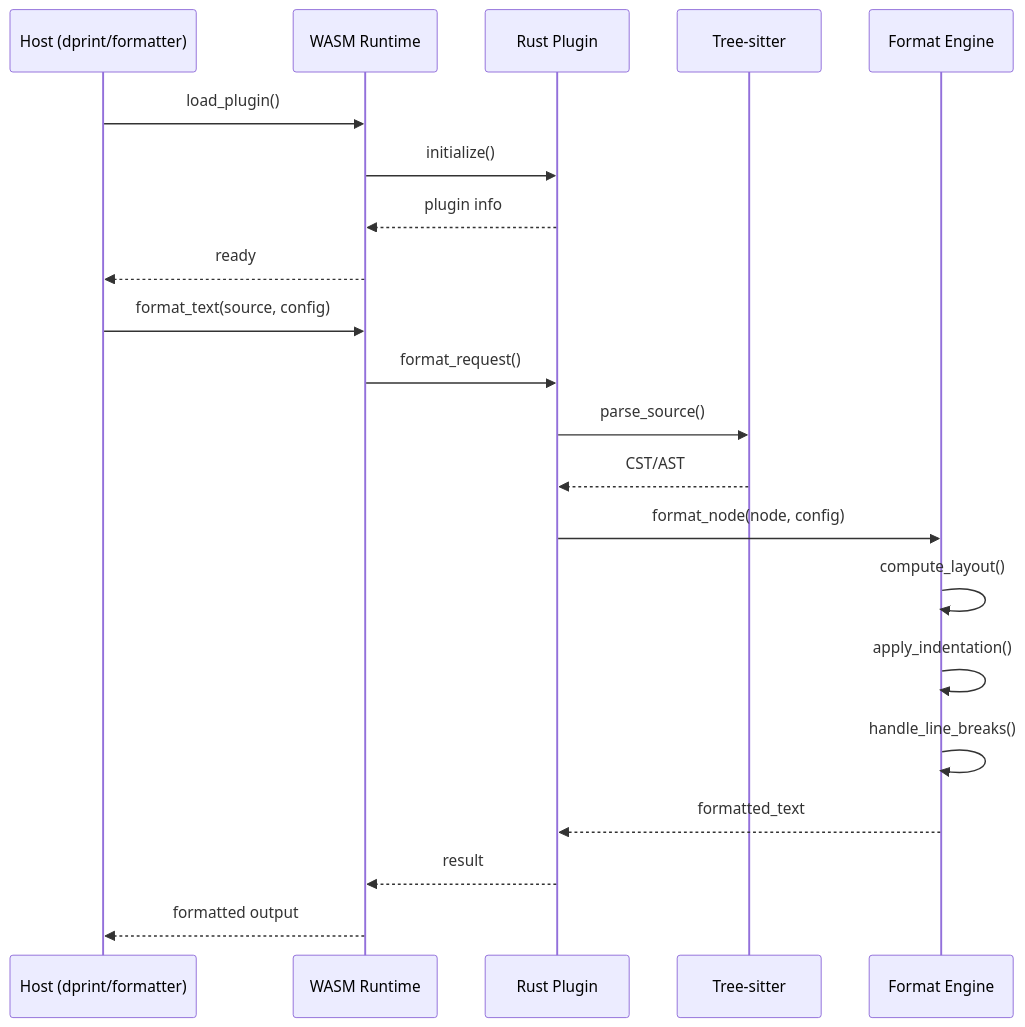
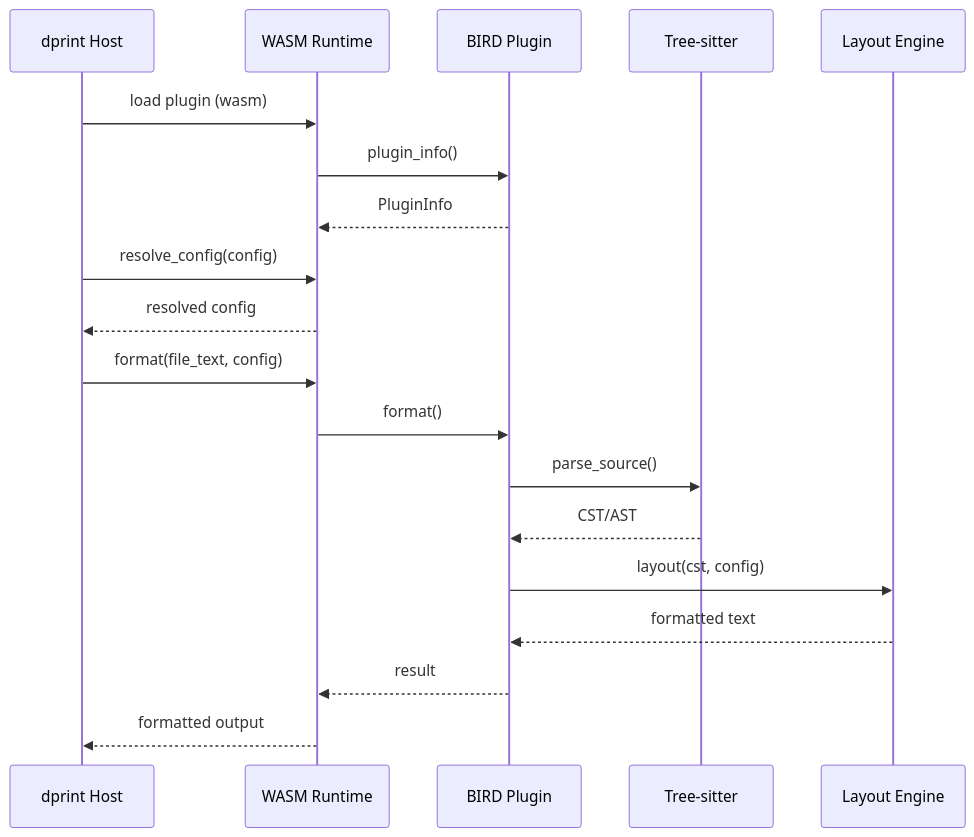
Before and after one commit to bird-chinese-community/BIRD-LSP: the second of 3 diagrams in packages/@birdcc/dprint-plugin-bird/README.md, drawn with Mermaid. The commit also changed other lines of this file and 5 other files, not shown here.

Commit message:
docs(mermaid): Unify diagram palette and split by layer

````diff
--- a/packages/@birdcc/dprint-plugin-bird/README.md
+++ b/packages/@birdcc/dprint-plugin-bird/README.md
@@ -187,25 +186,23 @@
 ```mermaid
 sequenceDiagram
-    participant Host as Host (dprint/formatter)
+    participant Host as dprint Host
     participant WASM as WASM Runtime
-    participant Plugin as Rust Plugin
+    participant Plugin as BIRD Plugin
     participant Parser as Tree-sitter
-    participant Formatter as Format Engine
+    participant Layout as Layout Engine
 
-    Host->>WASM: load_plugin()
-    WASM->>Plugin: initialize()
-    Plugin-->>WASM: plugin info
-    WASM-->>Host: ready
+    Host->>WASM: load plugin (wasm)
+    WASM->>Plugin: plugin_info()
+    Plugin-->>WASM: PluginInfo
+    Host->>WASM: resolve_config(config)
+    WASM-->>Host: resolved config
 
-    Host->>WASM: format_text(source, config)
-    WASM->>Plugin: format_request()
+    Host->>WASM: format(file_text, config)
+    WASM->>Plugin: format()
     Plugin->>Parser: parse_source()
     Parser-->>Plugin: CST/AST
-    Plugin->>Formatter: format_node(node, config)
-    Formatter->>Formatter: compute_layout()
-    Formatter->>Formatter: apply_indentation()
-    Formatter->>Formatter: handle_line_breaks()
-    Formatter-->>Plugin: formatted_text
+    Plugin->>Layout: layout(cst, config)
+    Layout-->>Plugin: formatted text
     Plugin-->>WASM: result
     WASM-->>Host: formatted output
 ```
````
